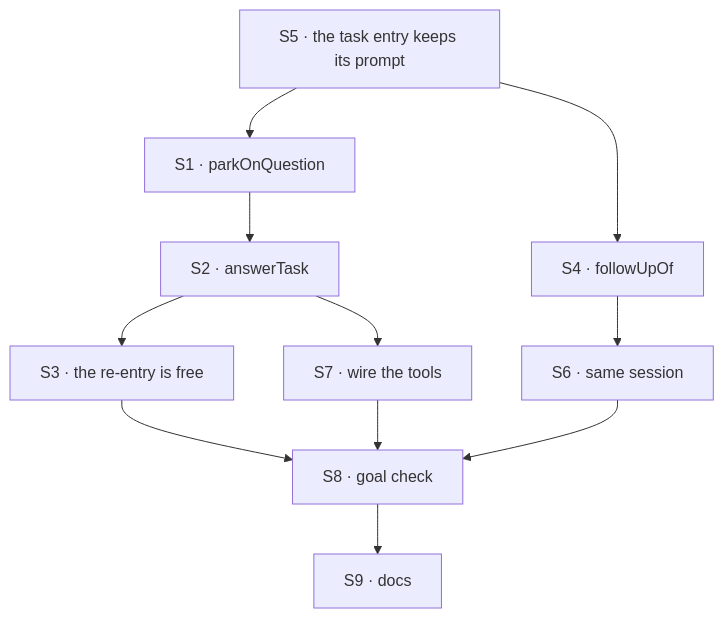
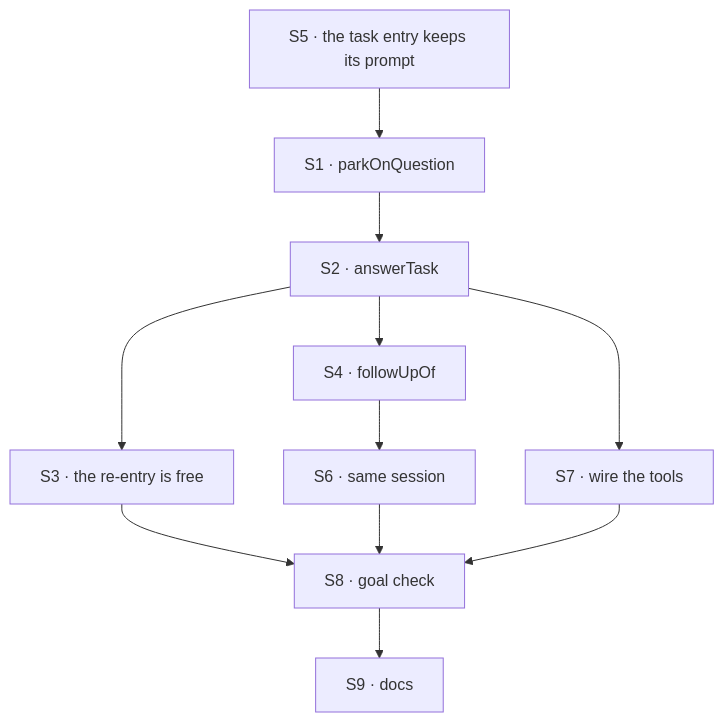
The diagram in specs/issues/FIX-1817/PLAN.md (fixpoint-labs/flow-state-dev), drawn with Mermaid before and after one commit. The commit also changed other lines of this file and 5 other files, not shown here.

````diff
--- a/specs/issues/FIX-1817/PLAN.md
+++ b/specs/issues/FIX-1817/PLAN.md
@@ -34,11 +39,11 @@
 ```mermaid
 flowchart TD
   S5["S5 · the task entry keeps its prompt"] --> S1["S1 · parkOnQuestion"]
   S1 --> S2["S2 · answerTask"]
   S2 --> S3["S3 · the re-entry is free"]
   S2 --> S7["S7 · wire the tools"]
-  S5 --> S4["S4 · followUpOf"]
+  S2 --> S4["S4 · followUpOf"]
   S4 --> S6["S6 · same session"]
   S3 & S6 & S7 --> S8["S8 · goal check"]
   S8 --> S9["S9 · docs"]
 ```
````
